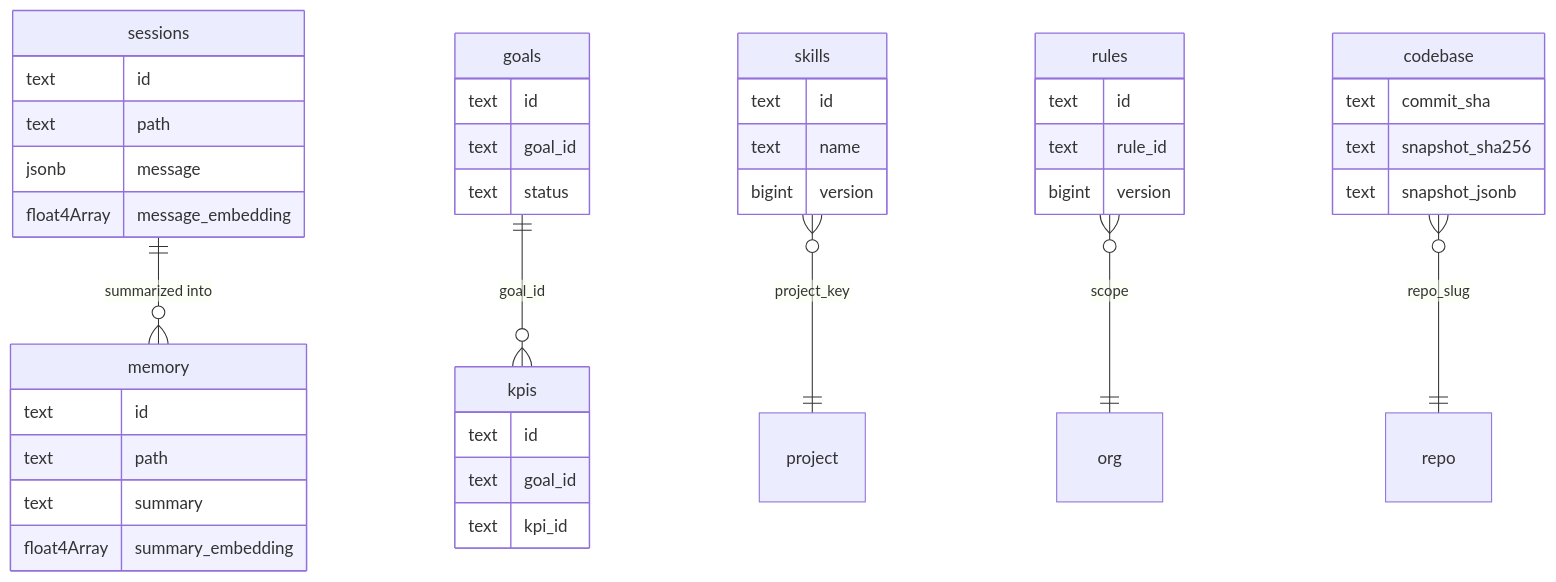
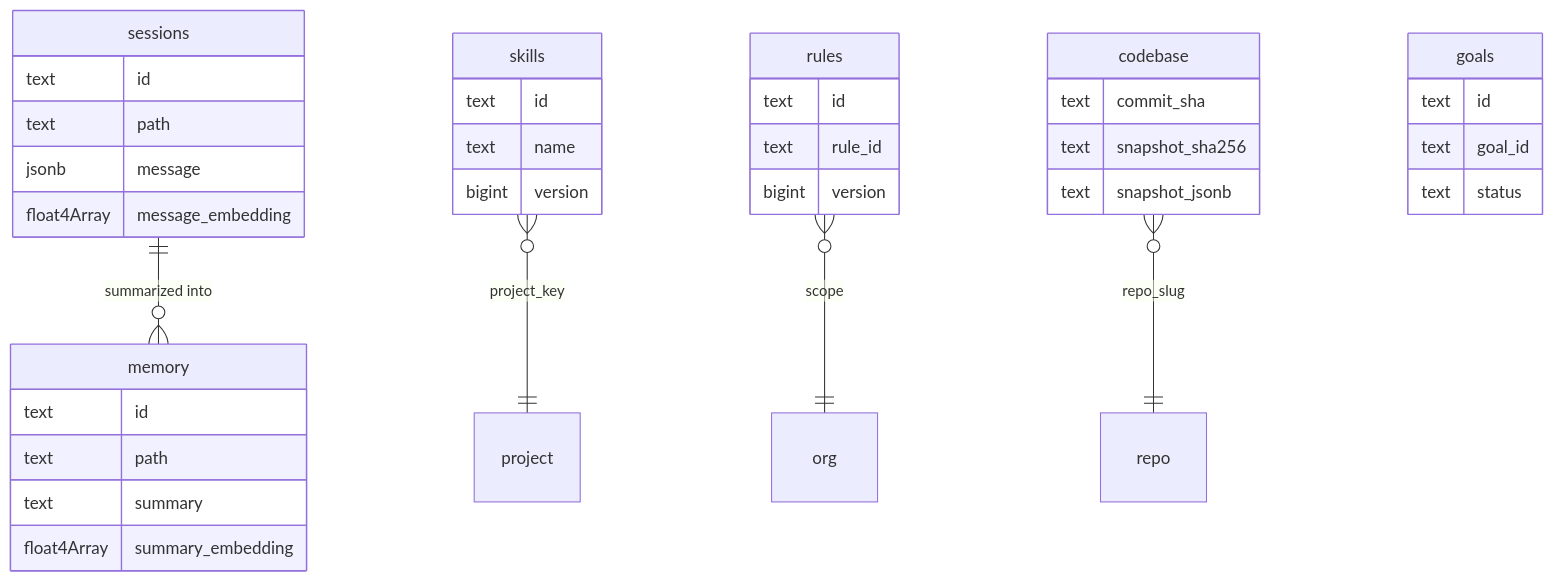
Before and after one commit to activeloopai/hivemind: the first of 2 diagrams in library/knowledge/private/data/deeplake-tables-schema.md, drawn with Mermaid. The commit also changed other lines of this file and 13 other files, not shown here.

First line of the commit message:
docs: remove KPIs from the goals skill, README and knowledge docs

````diff
--- a/library/knowledge/private/data/deeplake-tables-schema.md
+++ b/library/knowledge/private/data/deeplake-tables-schema.md
@@ -31,46 +31,40 @@
 ```mermaid
 erDiagram
     sessions ||--o{ memory : "summarized into"
-    goals ||--o{ kpis : "goal_id"
     skills }o--|| project : "project_key"
     rules }o--|| org : "scope"
     codebase }o--|| repo : "repo_slug"
 
     sessions {
         text id
         text path
         jsonb message
         float4Array message_embedding
     }
     memory {
         text id
         text path
         text summary
         float4Array summary_embedding
     }
     skills {
         text id
         text name
         bigint version
     }
     rules {
         text id
         text rule_id
         bigint version
     }
     goals {
         text id
         text goal_id
         text status
     }
-    kpis {
-        text id
-        text goal_id
-        text kpi_id
-    }
     codebase {
         text commit_sha
         text snapshot_sha256
         text snapshot_jsonb
     }
 ```
````
